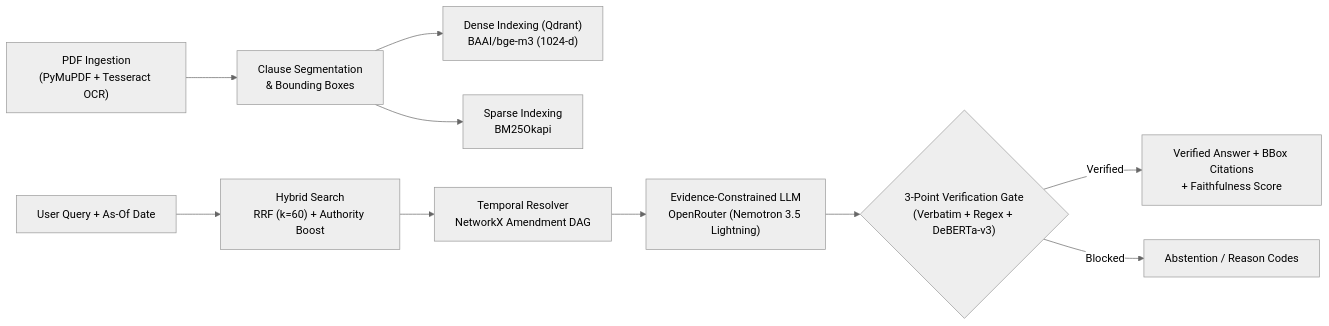
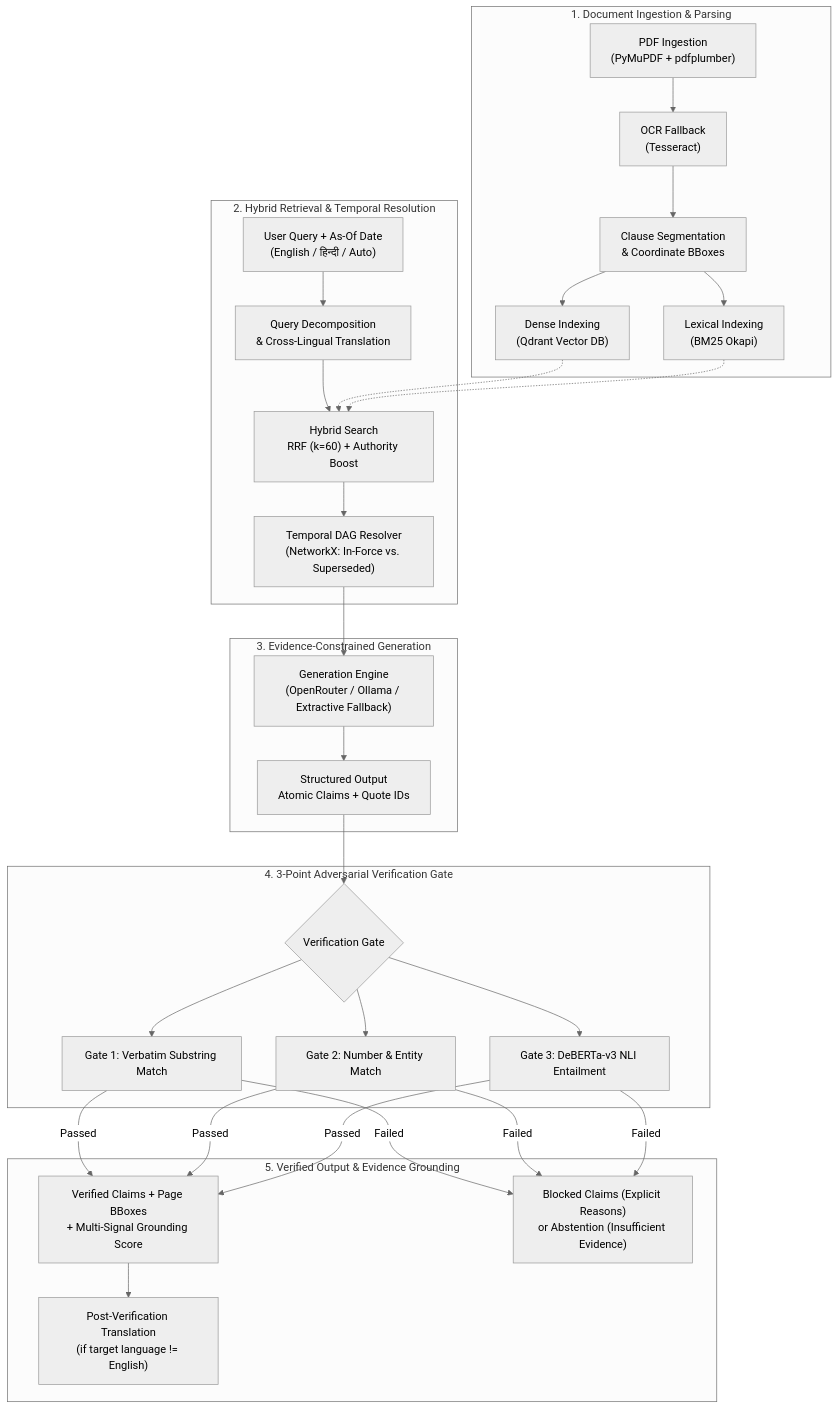
The diagram in README.md (Sanskriti0605/documentary), drawn with Mermaid (neutral theme) before and after one commit. The commit also changed other lines of this file, not shown here.

Commit message:
docs: overhaul README with system architecture, tech stack, and remove slides/FAQ

````diff
--- a/README.md
+++ b/README.md
@@ -130,14 +30,35 @@
 ```mermaid
-flowchart LR
-    PDF["PDF Ingestion\n(PyMuPDF + Tesseract OCR)"] --> CHUNK["Clause Segmentation\n& Bounding Boxes"]
-    CHUNK --> VEC["Dense Indexing (Qdrant)\nBAAI/bge-m3 (1024-d)"]
-    CHUNK --> BM25["Sparse Indexing\nBM25Okapi"]
-    
-    USER["User Query + As-Of Date"] --> HYBRID["Hybrid Search\nRRF (k=60) + Authority Boost"]
-    HYBRID --> DAG["Temporal Resolver\nNetworkX Amendment DAG"]
-    DAG --> LLM["Evidence-Constrained LLM\nOpenRouter (Nemotron 3.5 Lightning)"]
-    
-    LLM --> GATE{"3-Point Verification Gate\n(Verbatim + Regex + DeBERTa-v3)"}
-    GATE -- Verified --> OUT["Verified Answer + BBox Citations\n+ Faithfulness Score"]
-    GATE -- Blocked --> ABS["Abstention / Reason Codes"]
+flowchart TD
+    subgraph Ingestion ["1. Document Ingestion & Parsing"]
+        PDF["PDF Ingestion\n(PyMuPDF + pdfplumber)"] --> OCR["OCR Fallback\n(Tesseract)"]
+        OCR --> SEG["Clause Segmentation\n& Coordinate BBoxes"]
+        SEG --> DENSE["Dense Indexing\n(Qdrant Vector DB)"]
+        SEG --> SPARSE["Lexical Indexing\n(BM25 Okapi)"]
+    end
+
+    subgraph Retrieval ["2. Hybrid Retrieval & Temporal Resolution"]
+        QUERY["User Query + As-Of Date\n(English / हिन्दी / Auto)"] --> DECOMP["Query Decomposition\n& Cross-Lingual Translation"]
+        DECOMP --> HYBRID["Hybrid Search\nRRF (k=60) + Authority Boost"]
+        DENSE -.-> HYBRID
+        SPARSE -.-> HYBRID
+        HYBRID --> DAG["Temporal DAG Resolver\n(NetworkX: In-Force vs. Superseded)"]
+    end
+
+    subgraph Generation ["3. Evidence-Constrained Generation"]
+        DAG --> LLM["Generation Engine\n(OpenRouter / Ollama / Extractive Fallback)"]
+        LLM --> ATOMIC["Structured Output\nAtomic Claims + Quote IDs"]
+    end
+
+    subgraph Verification ["4. 3-Point Adversarial Verification Gate"]
+        ATOMIC --> GATE{"Verification Gate"}
+        GATE --> G1["Gate 1: Verbatim Substring Match"]
+        GATE --> G2["Gate 2: Number & Entity Match"]
+        GATE --> G3["Gate 3: DeBERTa-v3 NLI Entailment"]
+    end
+
+    subgraph Output ["5. Verified Output & Evidence Grounding"]
+        G1 & G2 & G3 -- Passed --> VERIFIED["Verified Claims + Page BBoxes\n+ Multi-Signal Grounding Score"]
+        G1 & G2 & G3 -- Failed --> BLOCKED["Blocked Claims (Explicit Reasons)\nor Abstention (Insufficient Evidence)"]
+        VERIFIED --> TRANS["Post-Verification Translation\n(if target language != English)"]
+    end
 ```
````
